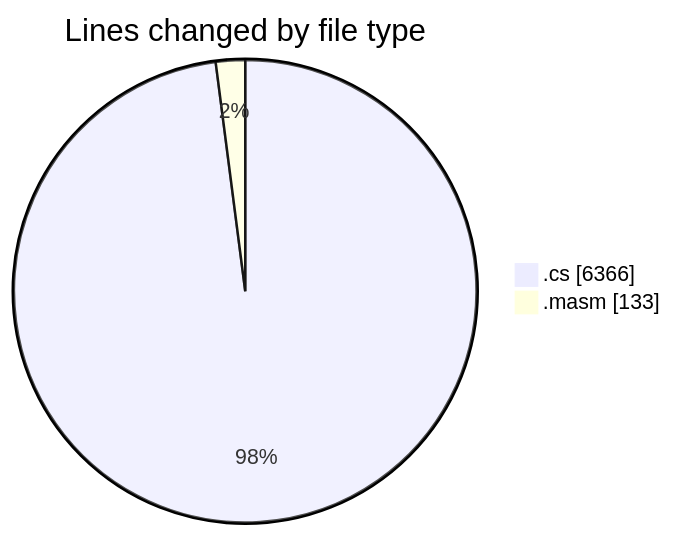
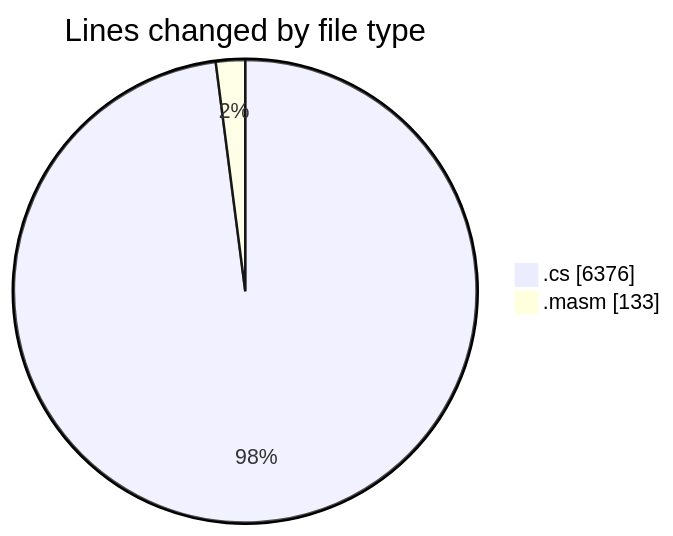
Before and after one commit to charlie-sans/code-tracking: the first of 2 diagrams in 2025-03-17/sharpmasm/README.md, drawn with Mermaid. The commit also changed other lines of this file and 1 other file, not shown here.

````diff
--- a/2025-03-17/sharpmasm/README.md
+++ b/2025-03-17/sharpmasm/README.md
@@ -28,6 +28,6 @@
 ```mermaid
 pie showData
 title Lines changed by file type
-".cs" : 6366
+".cs" : 6376
 ".masm" : 133
 ```
````
